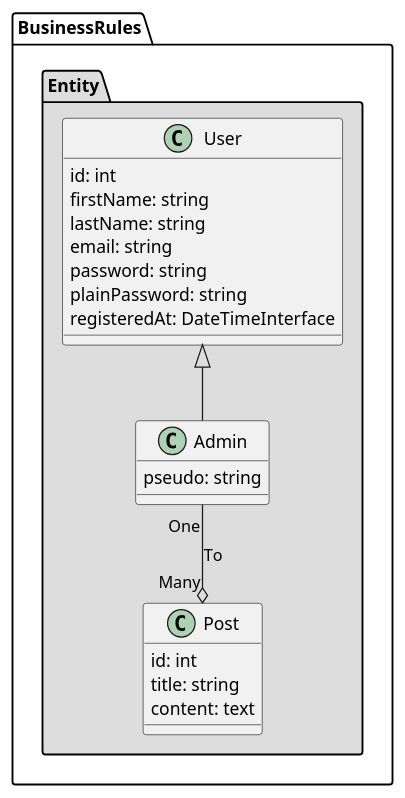
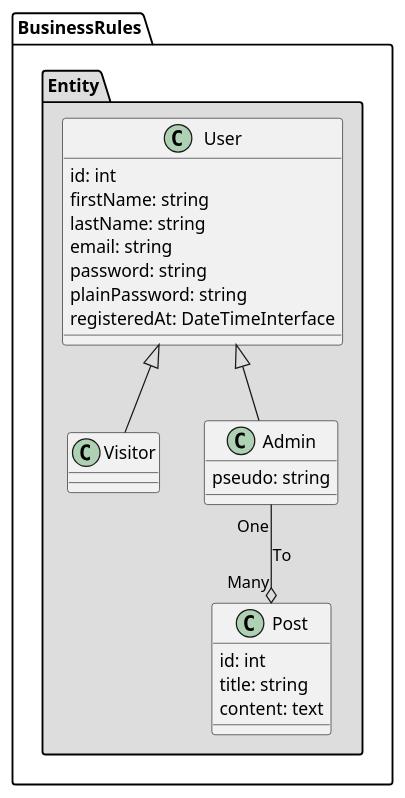
The diagram in features/class_diagram.puml (jusdepixel/base), drawn with PlantUML before and after one commit. The commit also changed 16 other files, not shown here.

```diff
--- a/features/class_diagram.puml
+++ b/features/class_diagram.puml
@@ -1,33 +1,37 @@
 @startuml
 
 package "BusinessRules" #fff {
 
     package "Entity" #ddd {
 
         class User {
             {field} id: int
             {field} firstName: string
             {field} lastName: string
             {field} email: string
             {field} password: string
             {field} plainPassword: string
             {field} registeredAt: DateTimeInterface
         }
 
+        class Visitor {
+        }
+
         class Admin {
             {field} pseudo: string
         }
 
         class Post {
             {field} id: int
             {field} title: string
             {field} content: text
         }
 
+        User <|-- Visitor
         User <|-- Admin
 
         Admin "One" --o "Many" Post : To
     }
 }
 
 @enduml
```
